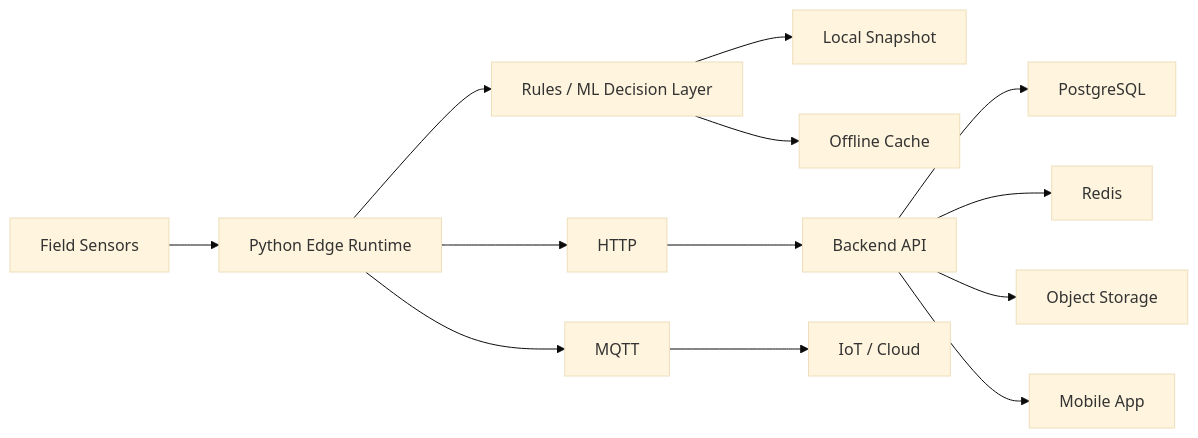
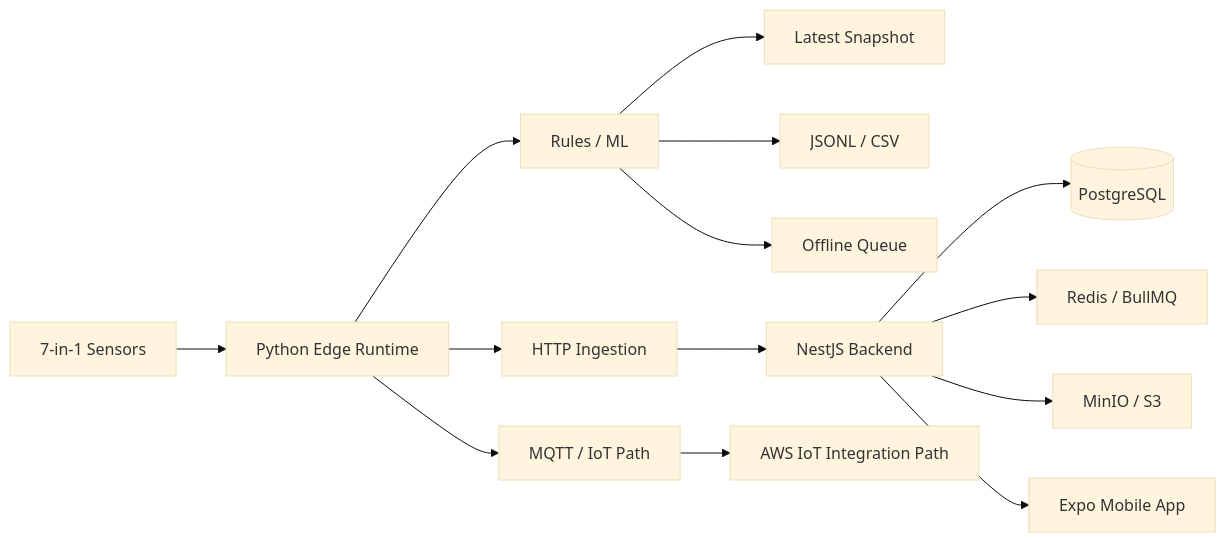
Before and after one commit to KevinT31/CULTIVA-Plus: the diagram in README.md, drawn with Mermaid (base theme). The commit also changed other lines of this file, not shown here.

````diff
--- a/README.md
+++ b/README.md
@@ -37,19 +28,19 @@
 ```mermaid
 flowchart LR
-    Sensors[Field Sensors] --> Edge[Python Edge Runtime]
-    Edge --> Decision[Rules / ML Decision Layer]
+    Sensors[7-in-1 Sensors] --> Edge[Python Edge Runtime]
+    Edge --> Decision[Rules / ML]
+    Decision --> Snapshot[Latest Snapshot]
+    Decision --> Raw[JSONL / CSV]
+    Decision --> Offline[Offline Queue]
 
-    Decision --> Snapshot[Local Snapshot]
-    Decision --> Offline[Offline Cache]
+    Edge --> HTTP[HTTP Ingestion]
+    Edge --> MQTT[MQTT / IoT Path]
 
-    Edge --> HTTP[HTTP]
-    Edge --> MQTT[MQTT]
+    HTTP --> API[NestJS Backend]
+    MQTT --> Cloud[AWS IoT Integration Path]
 
-    HTTP --> API[Backend API]
-    MQTT --> Cloud[IoT / Cloud]
-
-    API --> DB[PostgreSQL]
-    API --> Redis[Redis]
-    API --> Storage[Object Storage]
-    API --> Mobile[Mobile App]
+    API --> DB[(PostgreSQL)]
+    API --> Redis[Redis / BullMQ]
+    API --> Storage[MinIO / S3]
+    API --> Mobile[Expo Mobile App]
 ```
````
